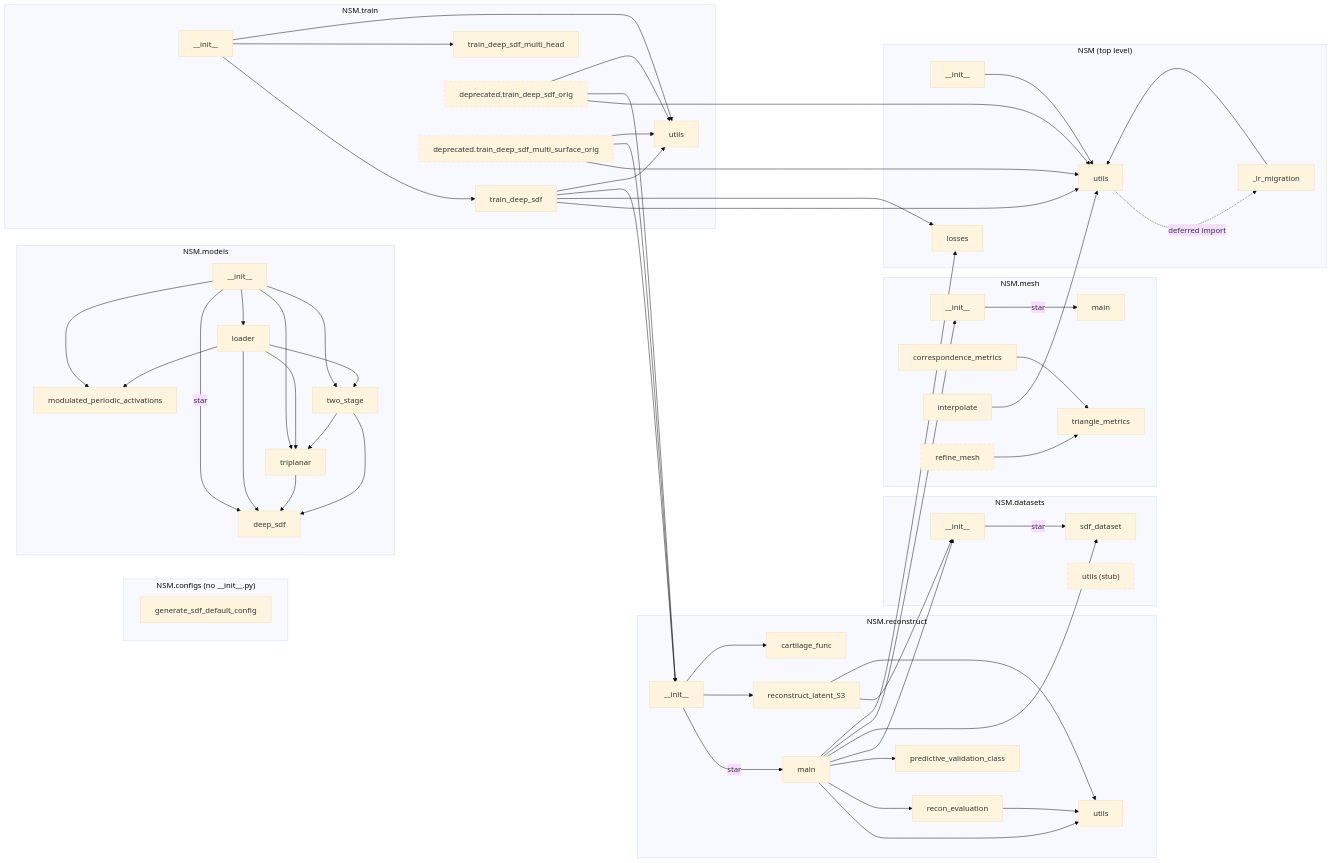
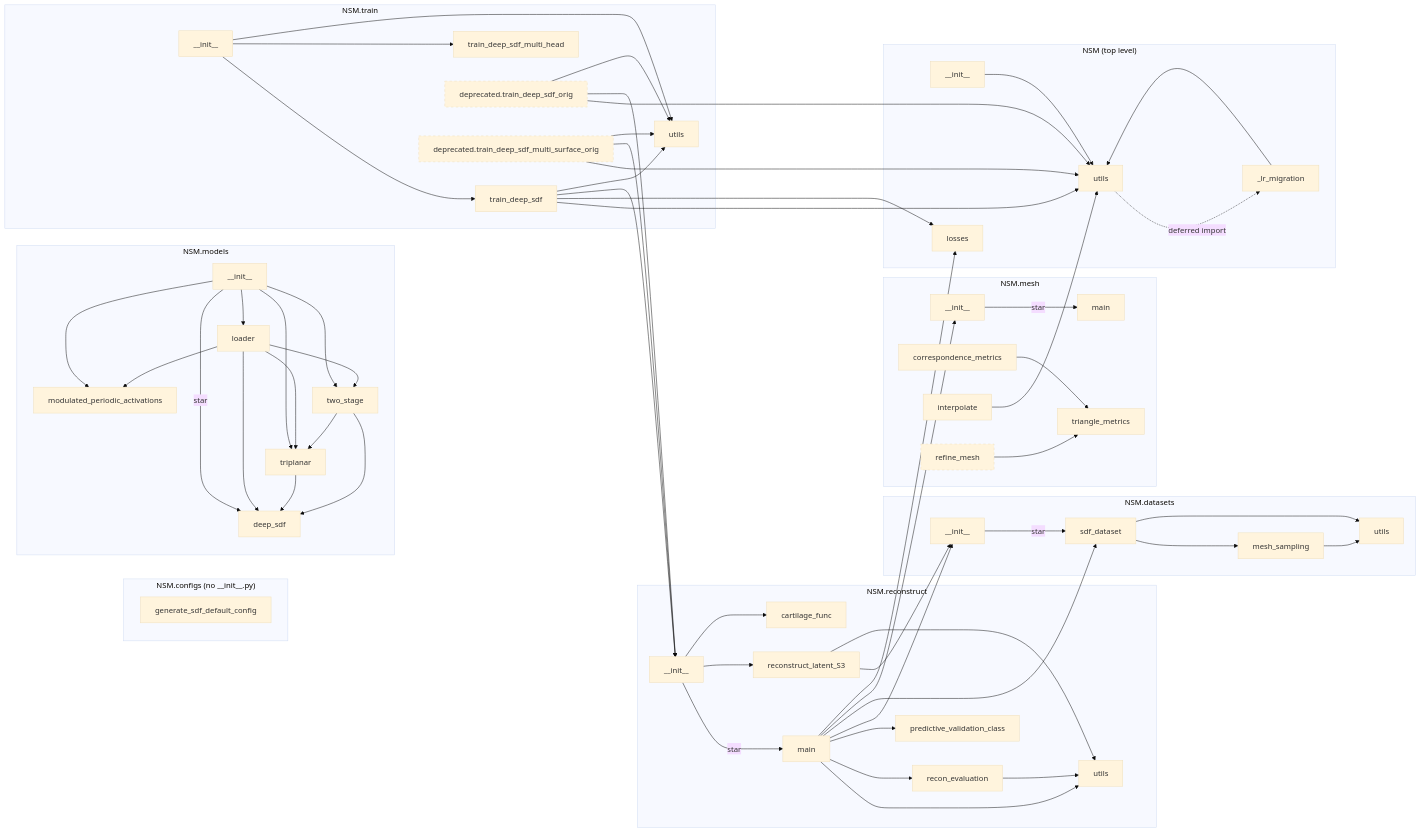
One commit to gattia/nsm changed the diagram in docs/ARCHITECTURE.md. Above: the diagram before and after it, drawn with Mermaid (base theme). The commit also changed other lines of this file and 4 other files, not shown here.

````diff
--- a/docs/ARCHITECTURE.md
+++ b/docs/ARCHITECTURE.md
@@ -64,7 +66,8 @@
   subgraph DS["NSM.datasets"]
     DSpkg["__init__"]
     DSsdf["sdf_dataset"]
-    DSutils["utils (stub)"]
+    DSms["mesh_sampling"]
+    DSutils["utils"]
   end
 
   subgraph ME["NSM.mesh"]
@@ -109,6 +112,9 @@
   Uutils -.->|"deferred import"| Ulrmig
 
   DSpkg -->|star| DSsdf
+  DSsdf --> DSms
+  DSsdf --> DSutils
+  DSms --> DSutils
 
   MEpkg -->|star| MEmain
   MEcorr --> MEtri
@@ -157,5 +163,5 @@
   TRdep2 --> TRutils
 
   classDef dead stroke-dasharray: 5 5
-  class DSutils,MErefine,TRdep1,TRdep2 dead
+  class MErefine,TRdep1,TRdep2 dead
 ```
````
